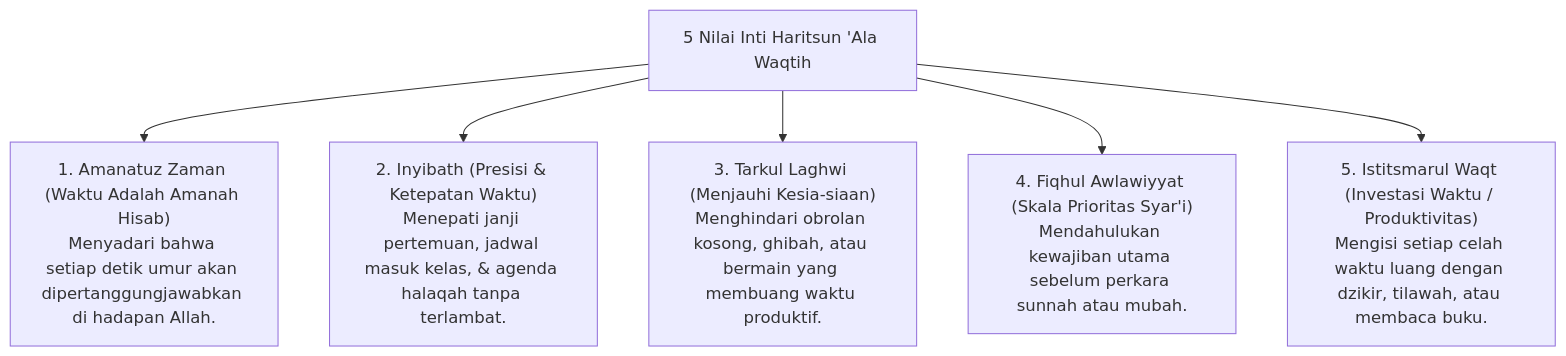
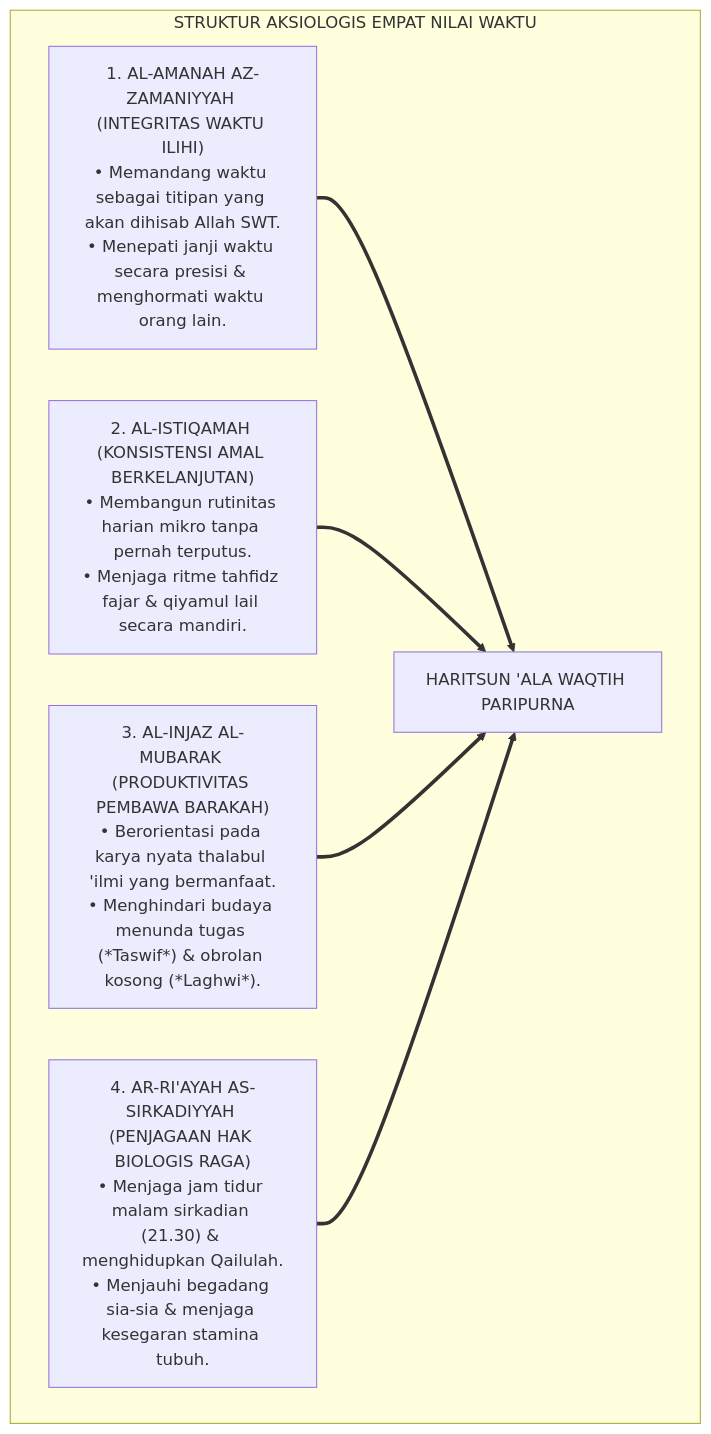
The sixth of 7 diagrams in 03 Capacity Framework/10 Haritsun Ala Waqtih/P3-10-04-Nilai-Inti-dan-Prinsip-Waktu.md (wandiapriliyandi/tumbuh), drawn with Mermaid before and after one commit. The commit also changed other lines of this file and 14 other files, not shown here.

Commit message:
docs(03-capacity): complete all 15 research monographs for 10 Haritsun Ala Waqtih

````diff
--- a/03 Capacity Framework/10 Haritsun Ala Waqtih/P3-10-04-Nilai-Inti-dan-Prinsip-Waktu.md
+++ b/03 Capacity Framework/10 Haritsun Ala Waqtih/P3-10-04-Nilai-Inti-dan-Prinsip-Waktu.md
@@ -10,10 +172,14 @@
 ```mermaid
-graph TD
-    Values["5 Nilai Inti Haritsun 'Ala Waqtih"]
-    
-    Values --> V1["1. Amanatuz Zaman (Waktu Adalah Amanah Hisab)<br/>Menyadari bahwa setiap detik umur akan dipertanggungjawabkan di hadapan Allah."]
-    Values --> V2["2. Inyibath (Presisi & Ketepatan Waktu)<br/>Menepati janji pertemuan, jadwal masuk kelas, & agenda halaqah tanpa terlambat."]
-    Values --> V3["3. Tarkul Laghwi (Menjauhi Kesia-siaan)<br/>Menghindari obrolan kosong, ghibah, atau bermain yang membuang waktu produktif."]
-    Values --> V4["4. Fiqhul Awlawiyyat (Skala Prioritas Syar'i)<br/>Mendahulukan kewajiban utama sebelum perkara sunnah atau mubah."]
-    Values --> V5["5. Istitsmarul Waqt (Investasi Waktu / Produktivitas)<br/>Mengisi setiap celah waktu luang dengan dzikir, tilawah, atau membaca buku."]
+flowchart TD
+    subgraph FormulasiEmpatNilaiWaktu["STRUKTUR AKSIOLOGIS EMPAT NILAI WAKTU"]
+        Amanah["1. AL-AMANAH AZ-ZAMANIYYAH (INTEGRITAS WAKTU ILIHI)<br/>• Memandang waktu sebagai titipan yang akan dihisab Allah SWT.<br/>• Menepati janji waktu secara presisi & menghormati waktu orang lain."]
+        
+        Istiqamah["2. AL-ISTIQAMAH (KONSISTENSI AMAL BERKELANJUTAN)<br/>• Membangun rutinitas harian mikro tanpa pernah terputus.<br/>• Menjaga ritme tahfidz fajar & qiyamul lail secara mandiri."]
+        
+        Injaz["3. AL-INJAZ AL-MUBARAK (PRODUKTIVITAS PEMBAWA BARAKAH)<br/>• Berorientasi pada karya nyata thalabul 'ilmi yang bermanfaat.<br/>• Menghindari budaya menunda tugas (*Taswif*) & obrolan kosong (*Laghwi*)."]
+        
+        Riayah["4. AR-RI'AYAH AS-SIRKADIYYAH (PENJAGAAN HAK BIOLOGIS RAGA)<br/>• Menjaga jam tidur malam sirkadian (21.30) & menghidupkan Qailulah.<br/>• Menjauhi begadang sia-sia & menjaga kesegaran stamina tubuh."]
+        
+        Amanah & Istiqamah & Injaz & Riayah ==> Mahkota["HARITSUN 'ALA WAQTIH PARIPURNA"]
+    end
 ```
````
